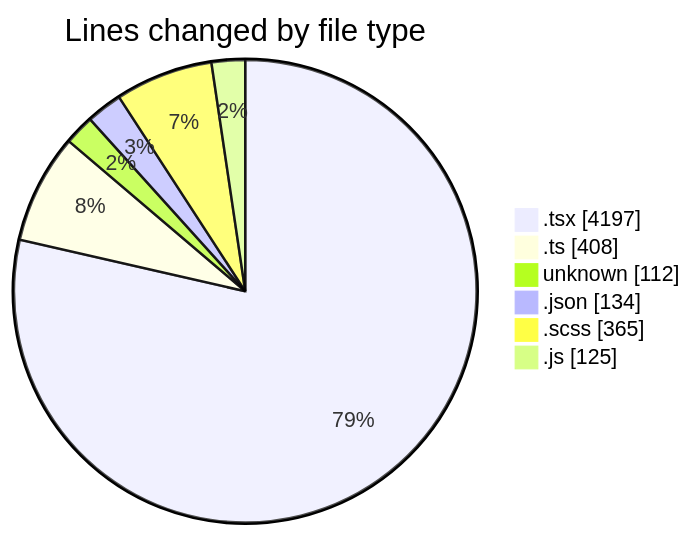
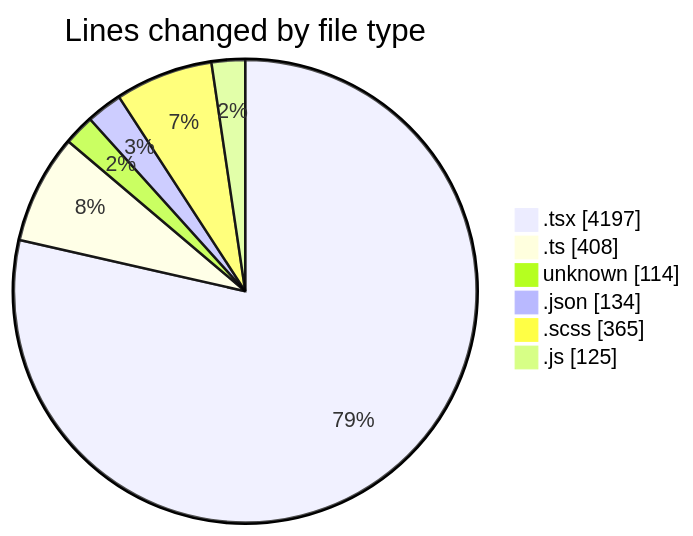
The first of 2 diagrams in 2026-04-28/cda/README.md (momahboobian/code-tracking), drawn with Mermaid before and after one commit. The commit also changed other lines of this file and 1 other file, not shown here.

````diff
--- a/2026-04-28/cda/README.md
+++ b/2026-04-28/cda/README.md
@@ -67,10 +68,10 @@
 ```mermaid
 pie showData
 title Lines changed by file type
 ".tsx" : 4197
 ".ts" : 408
-"unknown" : 112
+"unknown" : 114
 ".json" : 134
 ".scss" : 365
 ".js" : 125
 ```
````
